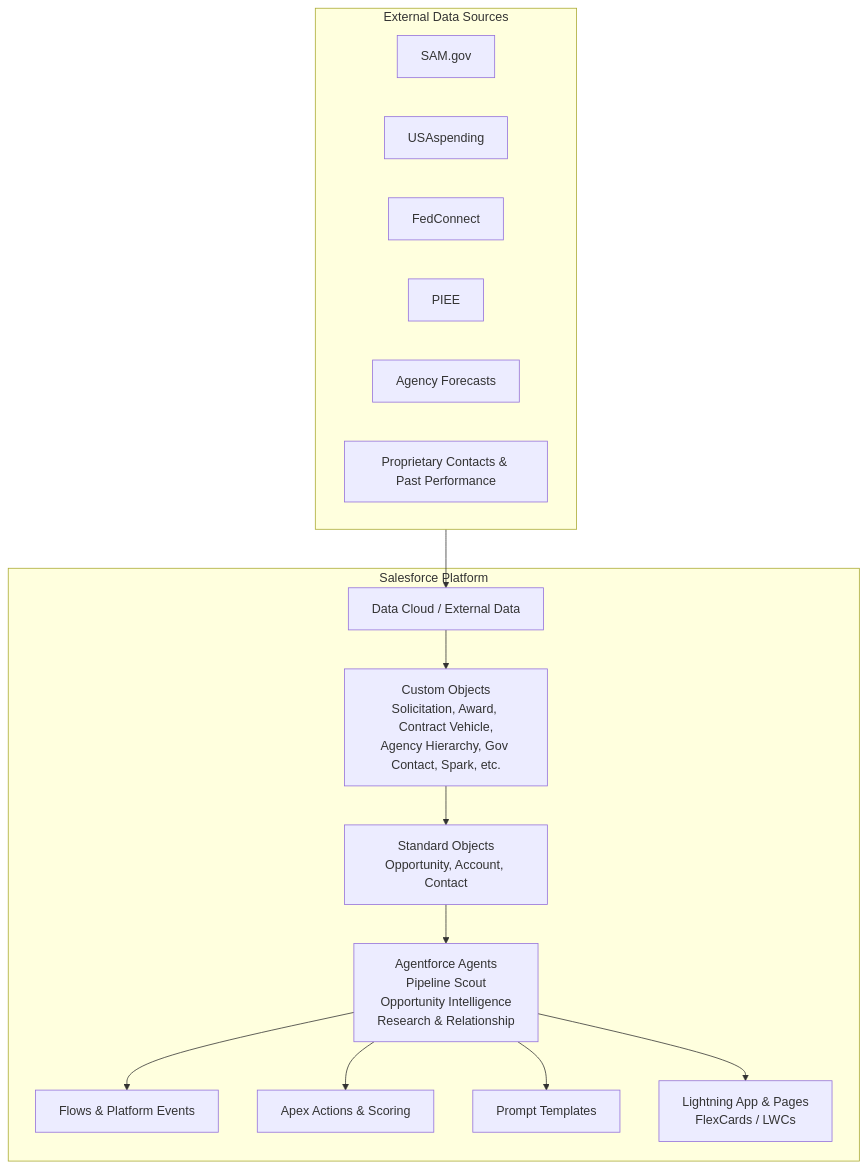
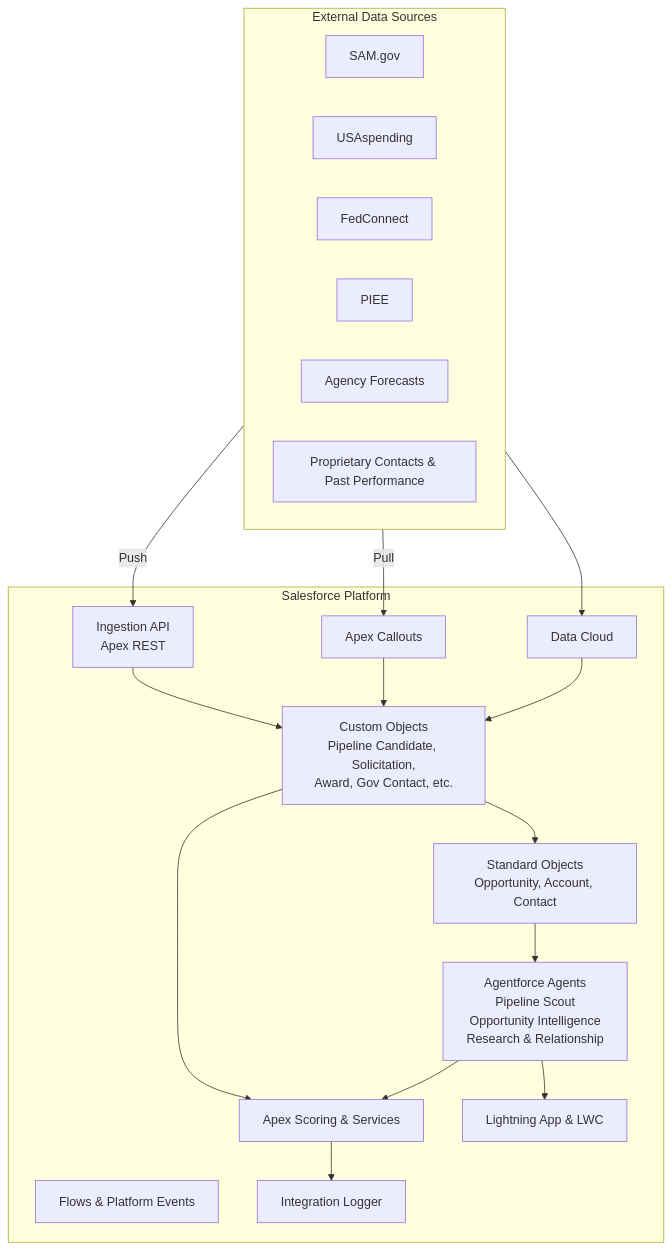
The diagram in docs/architecture.md (Hectorcaban-sudo/Nexsus-GovSearch), drawn with Mermaid before and after one commit. The commit also changed other lines of this file, not shown here.

Commit message:
Update architecture.md with Pipeline Candidate, Ingestion API, and current components

````diff
--- a/docs/architecture.md
+++ b/docs/architecture.md
@@ -7,31 +7,37 @@
 ```mermaid
 flowchart TD
     subgraph External["External Data Sources"]
         SAM[SAM.gov]
         USA[USAspending]
         FC[FedConnect]
         PIEE[PIEE]
         Forecasts[Agency Forecasts]
         Proprietary[Proprietary Contacts & Past Performance]
     end
 
     subgraph Salesforce["Salesforce Platform"]
-        DataCloud[Data Cloud / External Data]
-        CustomObjects[Custom Objects<br/>Solicitation, Award, Contract Vehicle,<br/>Agency Hierarchy, Gov Contact, Spark, etc.]
+        IngestionAPI[Ingestion API<br/>Apex REST]
+        Callouts[Apex Callouts]
+        DataCloud[Data Cloud]
+        CustomObjects[Custom Objects<br/>Pipeline Candidate, Solicitation,<br/>Award, Gov Contact, etc.]
         Standard[Standard Objects<br/>Opportunity, Account, Contact]
         Flows[Flows & Platform Events]
-        Apex[Apex Actions & Scoring]
-        Prompt[Prompt Templates]
+        Apex[Apex Scoring & Services]
+        Logger[Integration Logger]
         Agents[Agentforce Agents<br/>Pipeline Scout<br/>Opportunity Intelligence<br/>Research & Relationship]
-        Lightning[Lightning App & Pages<br/>FlexCards / LWCs]
+        Lightning[Lightning App & LWC]
     end
 
+    External -->|Push| IngestionAPI
+    External -->|Pull| Callouts
     External --> DataCloud
+    IngestionAPI --> CustomObjects
+    Callouts --> CustomObjects
     DataCloud --> CustomObjects
     CustomObjects --> Standard
-    Agents --> Flows
+    CustomObjects --> Apex
+    Apex --> Logger
     Agents --> Apex
-    Agents --> Prompt
     Agents --> Lightning
     Standard --> Agents
 ```
````
